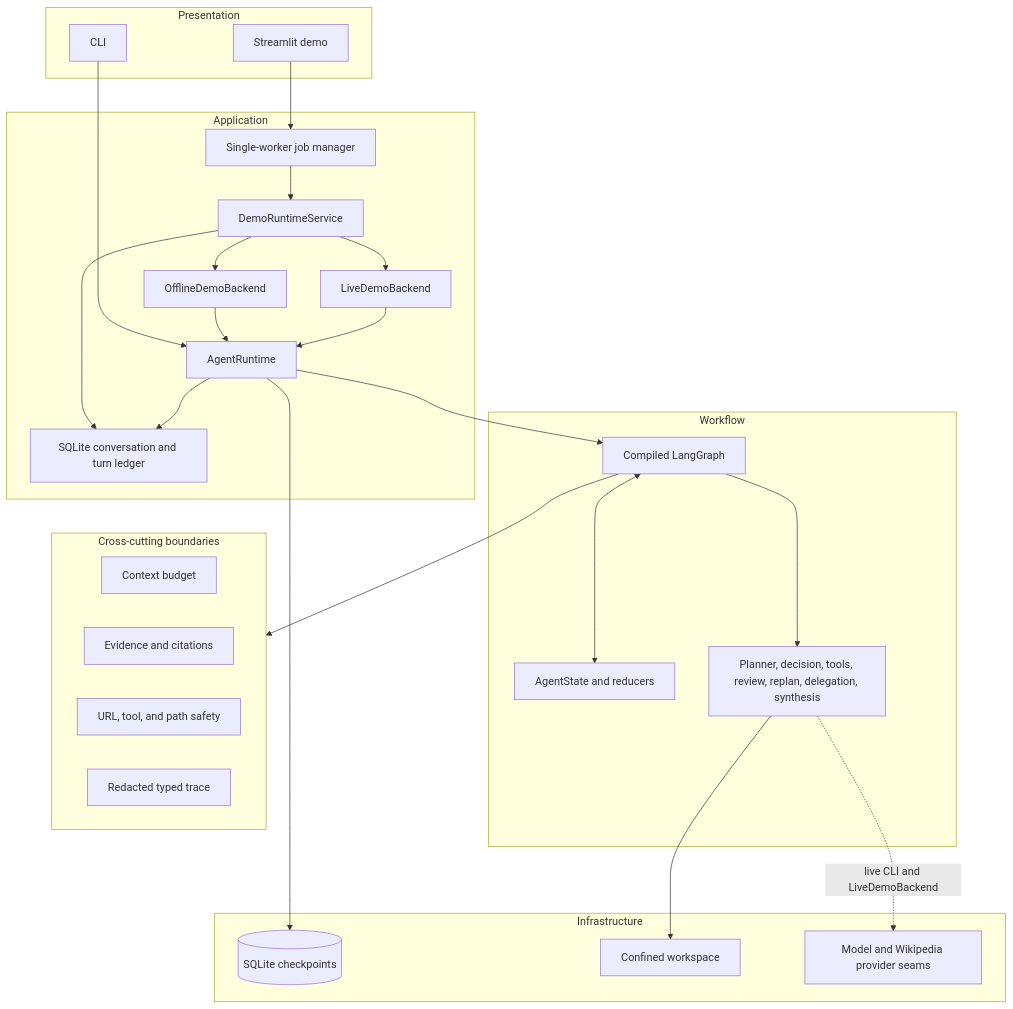
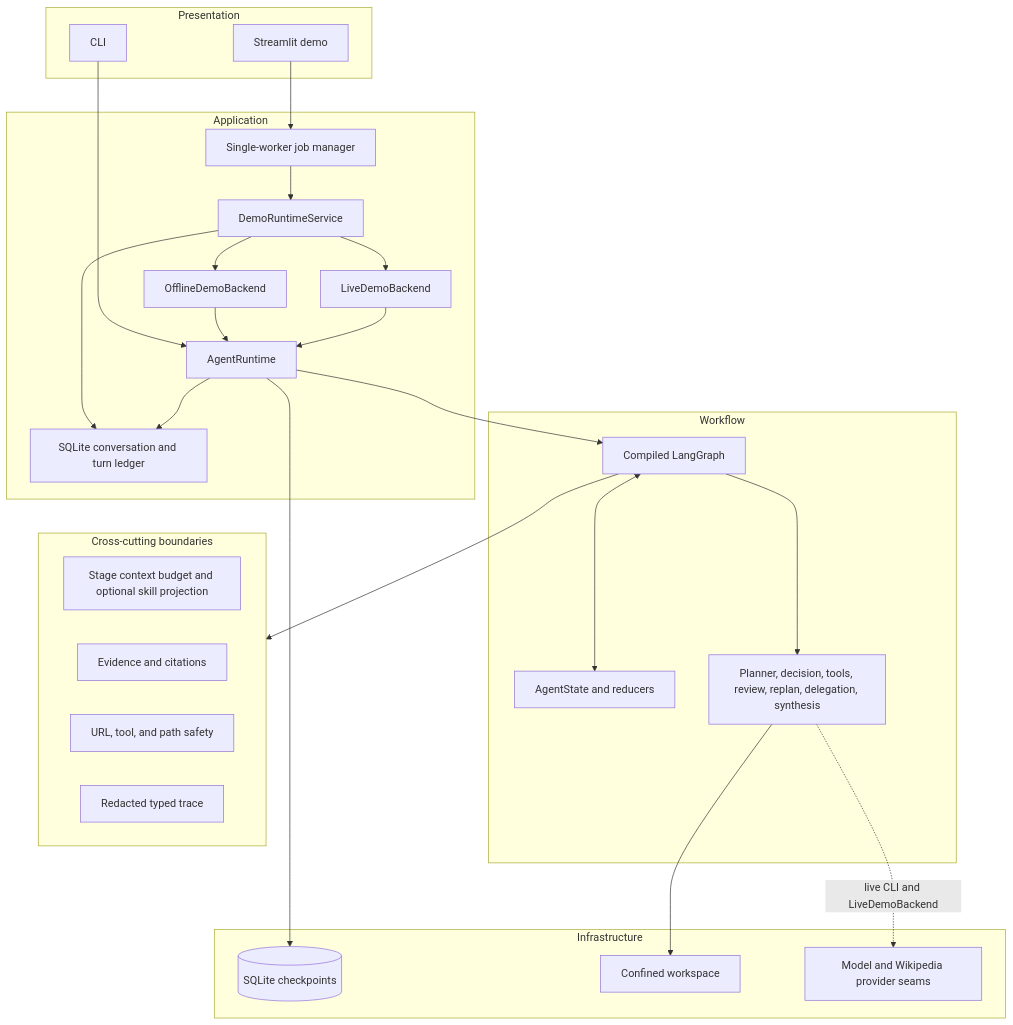
The first of 3 diagrams in README.md (hhtuann/mini-deerflow), drawn with Mermaid before and after one commit. The commit also changed other lines of this file and 35 other files, not shown here.

````diff
--- a/README.md
+++ b/README.md
@@ -75,44 +82,44 @@
 ```mermaid
 flowchart TB
     subgraph Presentation
         CLI[CLI]
         UI[Streamlit demo]
     end
     subgraph Application
         Jobs[Single-worker job manager]
         Service[DemoRuntimeService]
         Conversation[SQLite conversation and turn ledger]
         Live[LiveDemoBackend]
         Offline[OfflineDemoBackend]
         Runtime[AgentRuntime]
     end
     subgraph Workflow
         Graph[Compiled LangGraph]
         State[AgentState and reducers]
         Components[Planner, decision, tools, review, replan, delegation, synthesis]
     end
     subgraph Infrastructure
         DB[(SQLite checkpoints)]
         Workspace[Confined workspace]
         Providers[Model and Wikipedia provider seams]
     end
     subgraph CrossCutting[Cross-cutting boundaries]
-        Context[Context budget]
+        Context[Stage context budget and optional skill projection]
         Evidence[Evidence and citations]
         Safety[URL, tool, and path safety]
         Trace[Redacted typed trace]
     end
 
     CLI --> Runtime
     UI --> Jobs --> Service
     Service --> Offline --> Runtime
     Service --> Live --> Runtime
     Service --> Conversation
     Runtime --> Conversation
     Runtime --> Graph <--> State
     Graph --> Components
     Runtime --> DB
     Components --> Workspace
     Components -. live CLI and LiveDemoBackend .-> Providers
     Graph --> CrossCutting
 ```
````
